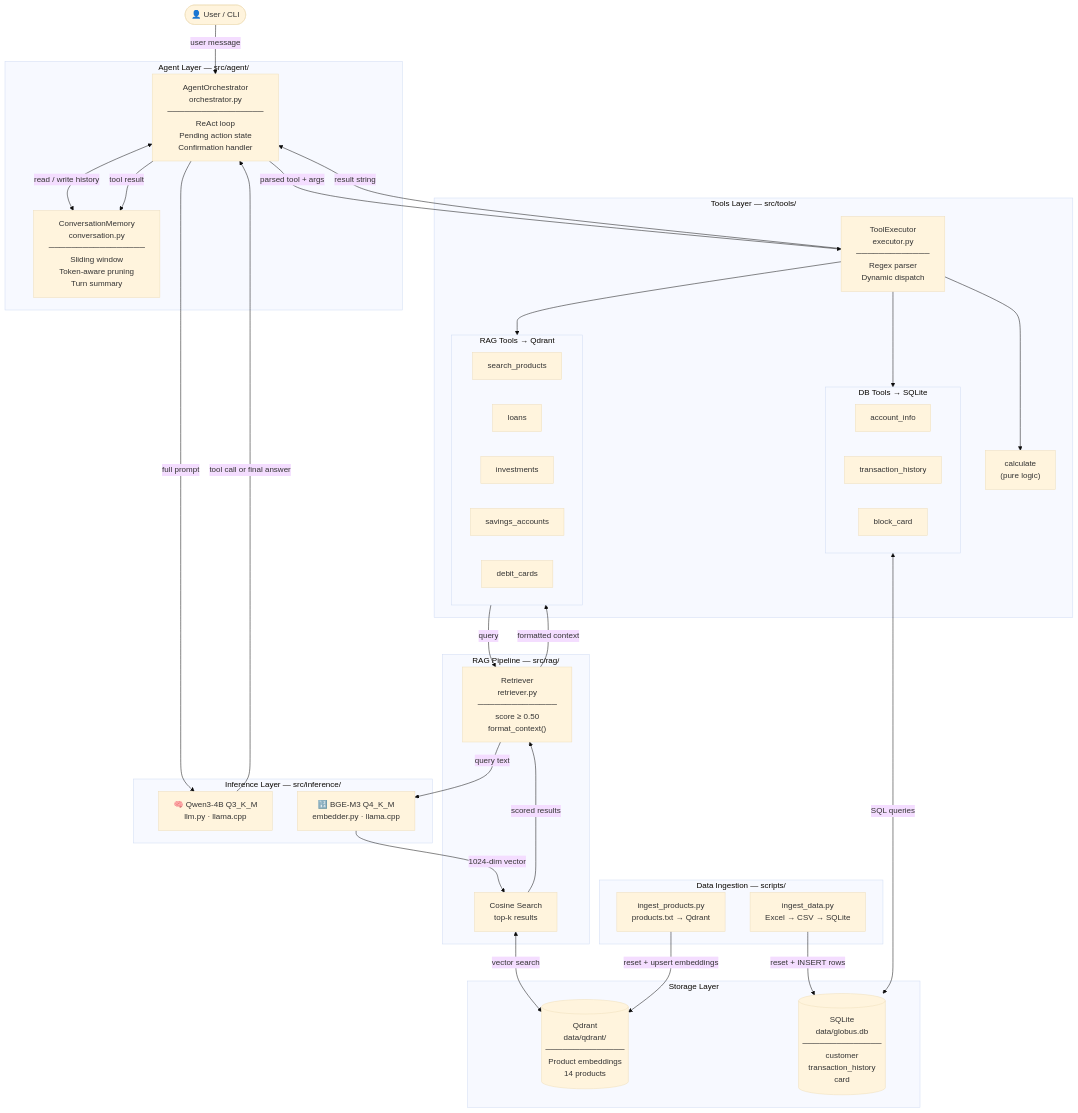
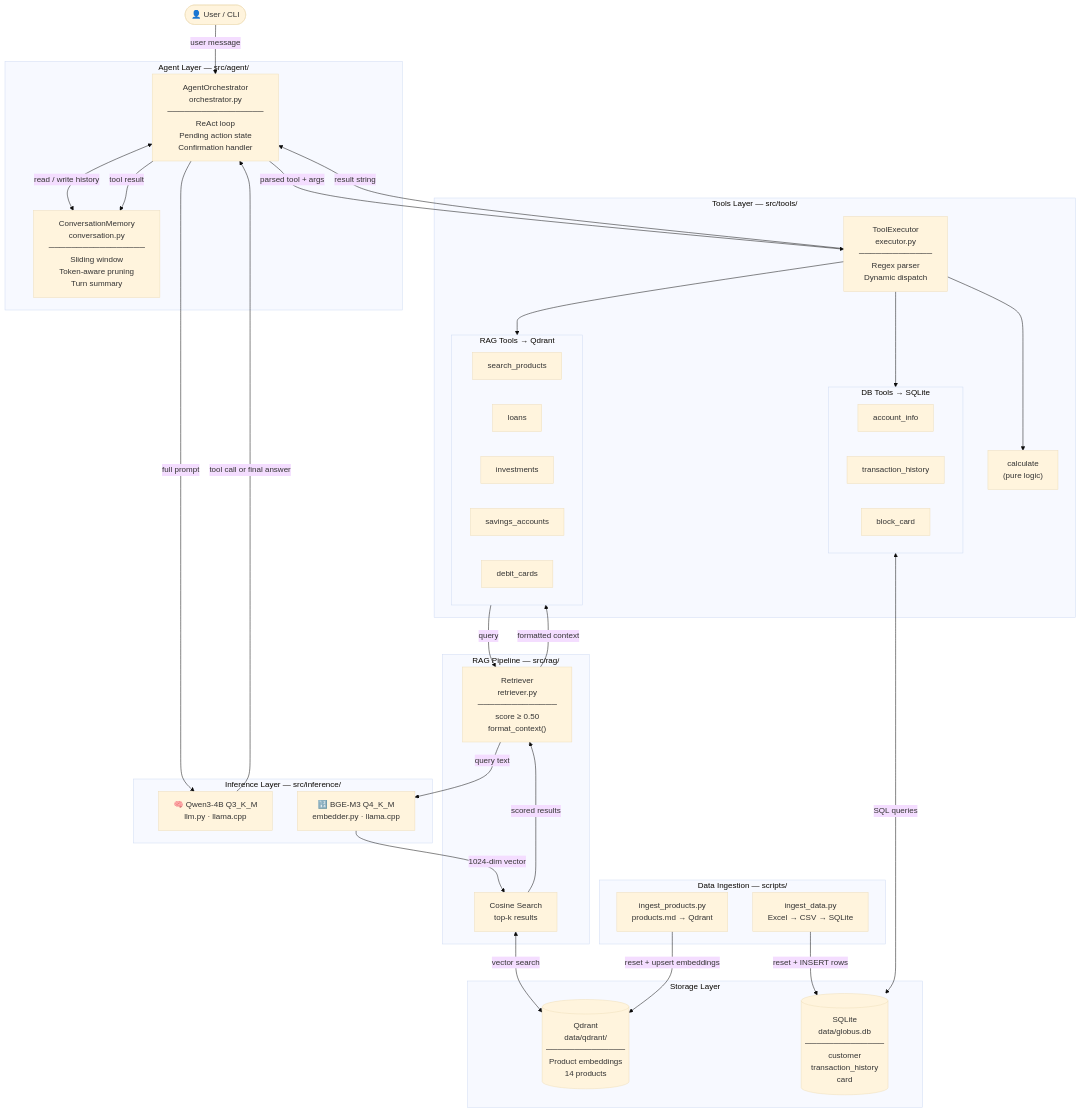
Before and after one commit to OlamideShogbamu/conversation-ai-agent: the diagram in README.md, drawn with Mermaid (base theme). The commit also changed other lines of this file and 12 other files, not shown here.

````diff
--- a/README.md
+++ b/README.md
@@ -16,75 +16,75 @@
 ```mermaid
 flowchart TD
     User(["👤 User  /  CLI"])
 
     User -->|user message| Orchestrator
 
     subgraph Agent["Agent Layer  —  src/agent/"]
         Orchestrator["AgentOrchestrator\norchestrator.py\n─────────────────\nReAct loop\nPending action state\nConfirmation handler"]
         Memory["ConversationMemory\nconversation.py\n─────────────────\nSliding window\nToken-aware pruning\nTurn summary"]
         Orchestrator <-->|read / write history| Memory
     end
 
     Orchestrator -->|full prompt| LLM
     LLM -->|tool call or final answer| Orchestrator
 
     Orchestrator -->|parsed tool + args| ToolExecutor
 
     subgraph Inference["Inference Layer  —  src/inference/"]
         LLM["🧠 Qwen3-4B  Q3_K_M\nllm.py  ·  llama.cpp"]
         Embedder["🔢 BGE-M3  Q4_K_M\nembedder.py  ·  llama.cpp"]
     end
 
     subgraph Tools["Tools Layer  —  src/tools/"]
         ToolExecutor["ToolExecutor\nexecutor.py\n─────────────\nRegex parser\nDynamic dispatch"]
 
         subgraph RAGTools["RAG Tools  →  Qdrant"]
             T1["search_products"]
             T2["loans"]
             T3["investments"]
             T4["savings_accounts"]
             T5["debit_cards"]
         end
 
         subgraph DBTools["DB Tools  →  SQLite"]
             T6["account_info"]
             T7["transaction_history"]
             T8["block_card"]
         end
 
         T9["calculate\n(pure logic)"]
 
         ToolExecutor --> RAGTools
         ToolExecutor --> DBTools
         ToolExecutor --> T9
     end
 
     subgraph RAG["RAG Pipeline  —  src/rag/"]
         Retriever["Retriever\nretriever.py\n──────────────\nscore ≥ 0.50\nformat_context()"]
         Retriever -->|query text| Embedder
         Embedder -->|1024-dim vector| QdrantSearch["Cosine Search\ntop-k results"]
     end
 
     RAGTools -->|query| Retriever
     QdrantSearch -->|scored results| Retriever
     Retriever -->|formatted context| RAGTools
 
     subgraph Storage["Storage Layer"]
         Qdrant[("Qdrant\ndata/qdrant/\n──────────────\nProduct embeddings\n14 products")]
         SQLite[("SQLite\ndata/globus.db\n──────────────\ncustomer\ntransaction_history\ncard")]
     end
 
     QdrantSearch <-->|vector search| Qdrant
     DBTools <-->|SQL queries| SQLite
 
     subgraph Ingestion["Data Ingestion  —  scripts/"]
-        IP["ingest_products.py\nproducts.txt → Qdrant"]
+        IP["ingest_products.py\nproducts.md → Qdrant"]
         ID["ingest_data.py\nExcel → CSV → SQLite"]
     end
 
     IP -->|reset + upsert embeddings| Qdrant
     ID -->|reset + INSERT rows| SQLite
 
     Orchestrator -->|tool result| Memory
     ToolExecutor -->|result string| Orchestrator
 ```
````
